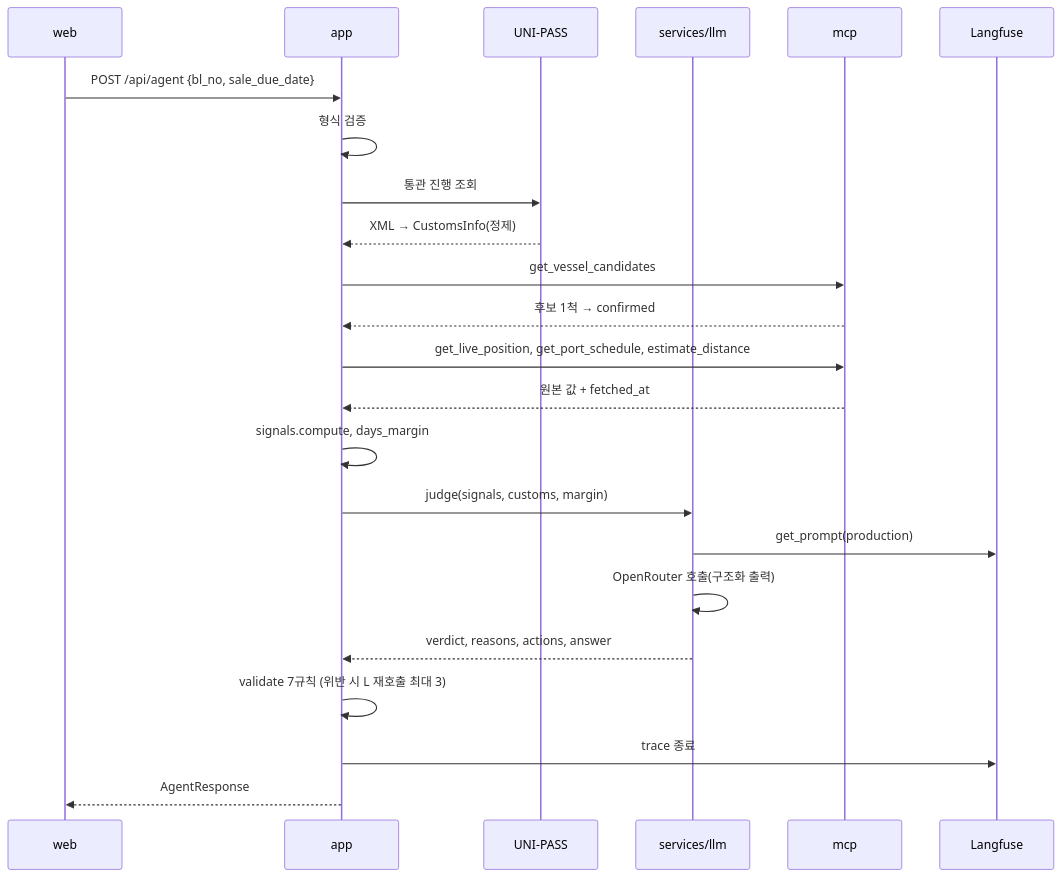
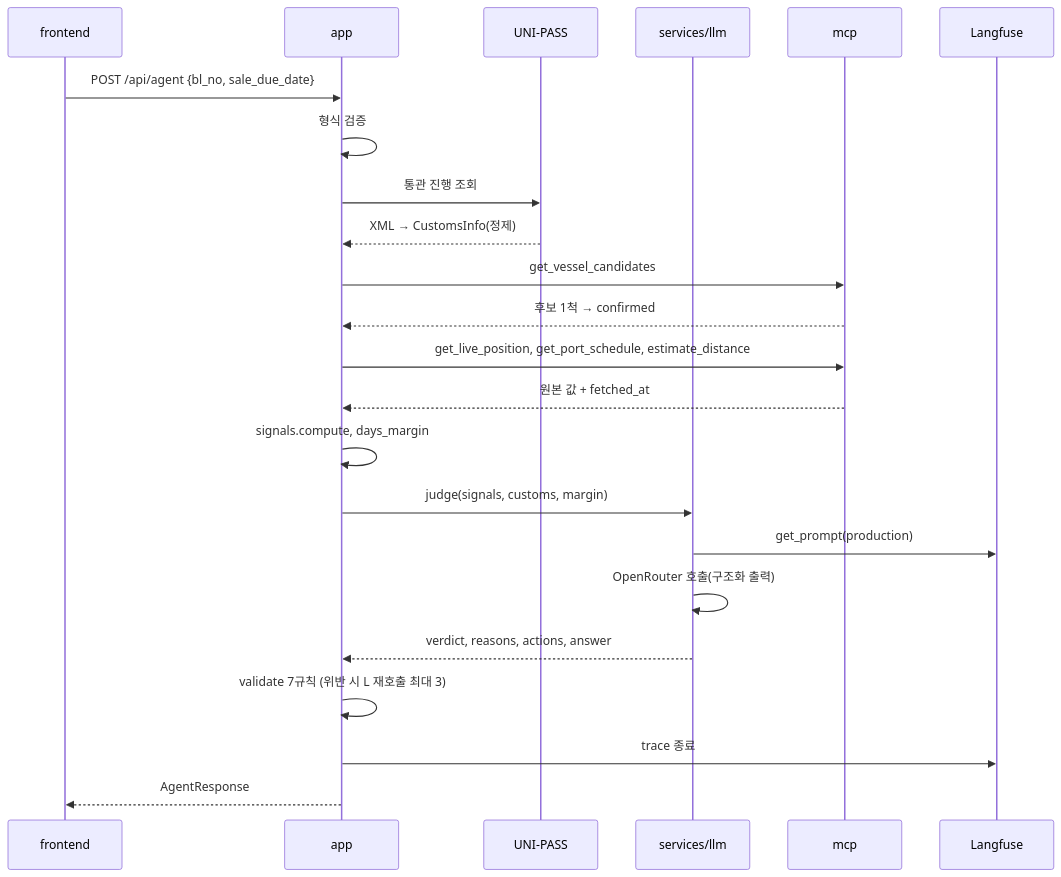
The third of 3 diagrams in docs/Marvia_SDD.md (HJU5022/Marvia), drawn with Mermaid before and after one commit. The commit also changed other lines of this file and 4 other files, not shown here.

````diff
--- a/docs/Marvia_SDD.md
+++ b/docs/Marvia_SDD.md
@@ -394,25 +407,25 @@
 ```mermaid
 sequenceDiagram
-  participant W as web
+  participant W as frontend
   participant A as app
   participant UP as UNI-PASS
   participant L as services/llm
   participant M as mcp
   participant LF as Langfuse
   W->>A: POST /api/agent {bl_no, sale_due_date}
   A->>A: 형식 검증
   A->>UP: 통관 진행 조회
   UP-->>A: XML → CustomsInfo(정제)
   A->>M: get_vessel_candidates
   M-->>A: 후보 1척 → confirmed
   A->>M: get_live_position, get_port_schedule, estimate_distance
   M-->>A: 원본 값 + fetched_at
   A->>A: signals.compute, days_margin
   A->>L: judge(signals, customs, margin)
   L->>LF: get_prompt(production)
   L->>L: OpenRouter 호출(구조화 출력)
   L-->>A: verdict, reasons, actions, answer
   A->>A: validate 7규칙 (위반 시 L 재호출 최대 3)
   A->>LF: trace 종료
   A-->>W: AgentResponse
 ```
````
